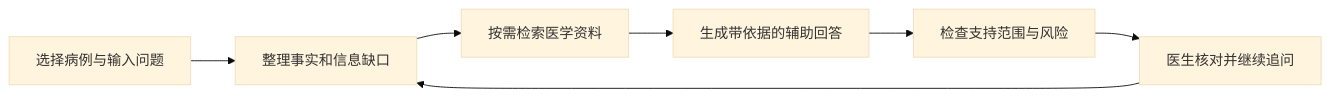
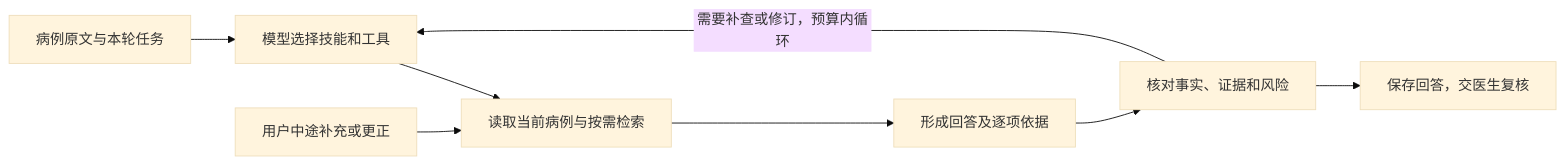
Before and after one commit to DominicHongliDing/Clinical-Agent: the diagram in README.md, drawn with Mermaid (base theme). The commit also changed other lines of this file and 9 other files, not shown here.

````diff
--- a/README.md
+++ b/README.md
@@ -23,9 +32,10 @@
 ```mermaid
 flowchart LR
-    A[选择病例与输入问题] --> B[整理事实和信息缺口]
-    B --> C[按需检索医学资料]
-    C --> D[生成带依据的辅助回答]
-    D --> E[检查支持范围与风险]
-    E --> F[医生核对并继续追问]
-    F --> B
+    A[病例原文与本轮任务] --> B[模型选择技能和工具]
+    B --> C[读取当前病例与按需检索]
+    C --> D[形成回答及逐项依据]
+    D --> E[核对事实、证据和风险]
+    E -->|需要补查或修订，预算内循环| B
+    E --> F[保存回答，交医生复核]
+    G[用户中途补充或更正] --> C
 ```
````
